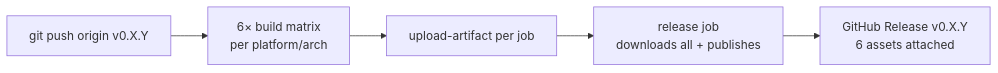
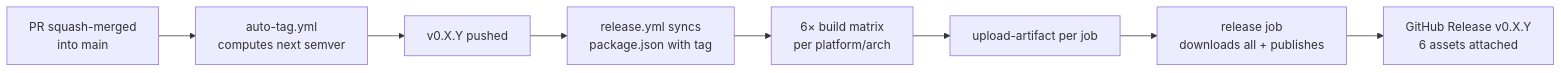
Before and after one commit to VivaldiCode/voice-gateway: the second of 2 diagrams in docs/Build-And-Packaging.md, drawn with Mermaid. The commit also changed other lines of this file and 3 other files, not shown here.

````diff
--- a/docs/Build-And-Packaging.md
+++ b/docs/Build-And-Packaging.md
@@ -264,7 +264,10 @@
 ```mermaid
 flowchart LR
-    Tag[git push origin v0.X.Y] --> Build[6× build matrix<br/>per platform/arch]
+    Merge[PR squash-merged<br/>into main] --> AT[auto-tag.yml<br/>computes next semver]
+    AT --> Tag[v0.X.Y pushed]
+    Tag --> Sync[release.yml syncs<br/>package.json with tag]
+    Sync --> Build[6× build matrix<br/>per platform/arch]
     Build --> Upload[upload-artifact per job]
     Upload --> Pub[release job<br/>downloads all + publishes]
     Pub --> Rel[GitHub Release v0.X.Y<br/>6 assets attached]
 ```
````
